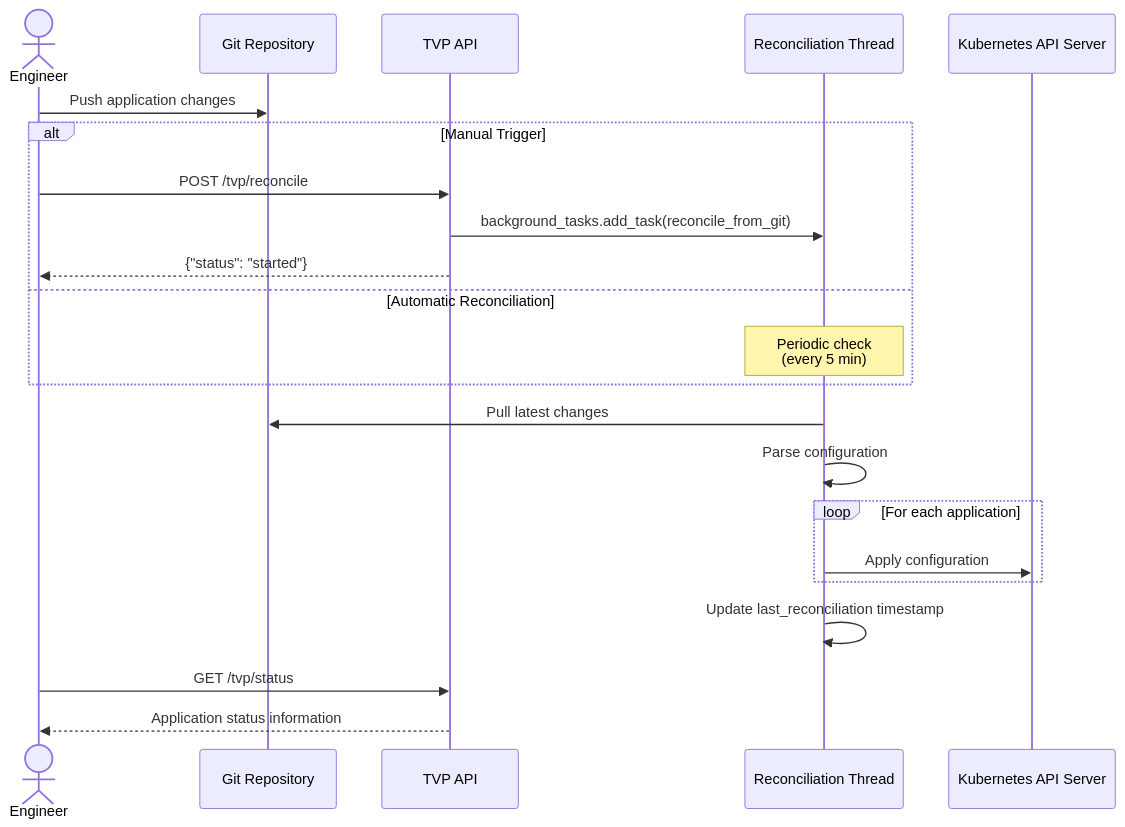
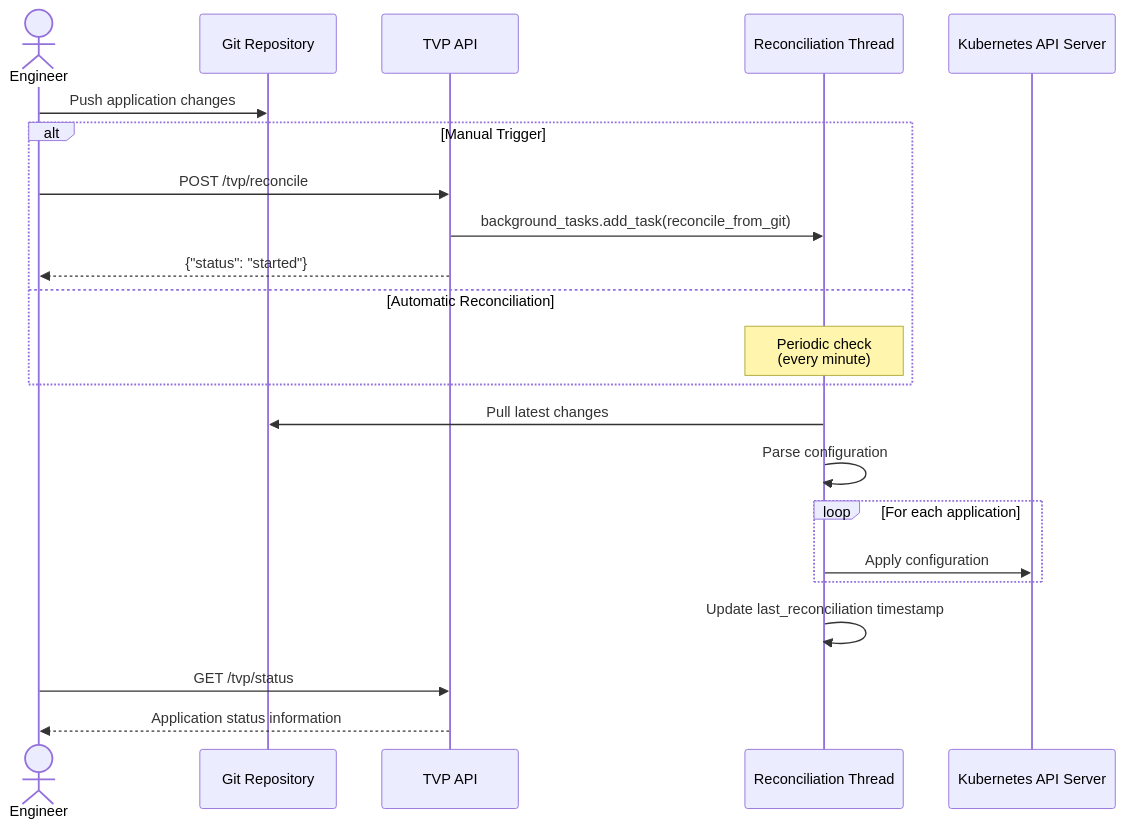
The diagram in fastapi/mermaid/tvp-gitops-workflow-diagram.mermaid (lloydchang/tvp-k8s), drawn with Mermaid before and after one commit. The commit also changed 1 other file, not shown here.

```diff
--- a/fastapi/mermaid/tvp-gitops-workflow-diagram.mermaid
+++ b/fastapi/mermaid/tvp-gitops-workflow-diagram.mermaid
@@ -1,28 +1,28 @@
 sequenceDiagram
     actor Eng as Engineer
     participant Git as Git Repository
     participant TVP as TVP API
     participant Thread as Reconciliation Thread
     participant Kubernetes as Kubernetes API Server
     
     Eng->>Git: Push application changes
     
     alt Manual Trigger
         Eng->>TVP: POST /tvp/reconcile
         TVP->>Thread: background_tasks.add_task(reconcile_from_git)
         TVP-->>Eng: {"status": "started"}
     else Automatic Reconciliation
-        Note over Thread: Periodic check<br>(every 5 min)
+        Note over Thread: Periodic check<br>(every minute)
     end
     
     Thread->>Git: Pull latest changes
     Thread->>Thread: Parse configuration
     
     loop For each application
         Thread->>Kubernetes: Apply configuration
     end
     
     Thread->>Thread: Update last_reconciliation timestamp
     
     Eng->>TVP: GET /tvp/status
     TVP-->>Eng: Application status information
```
